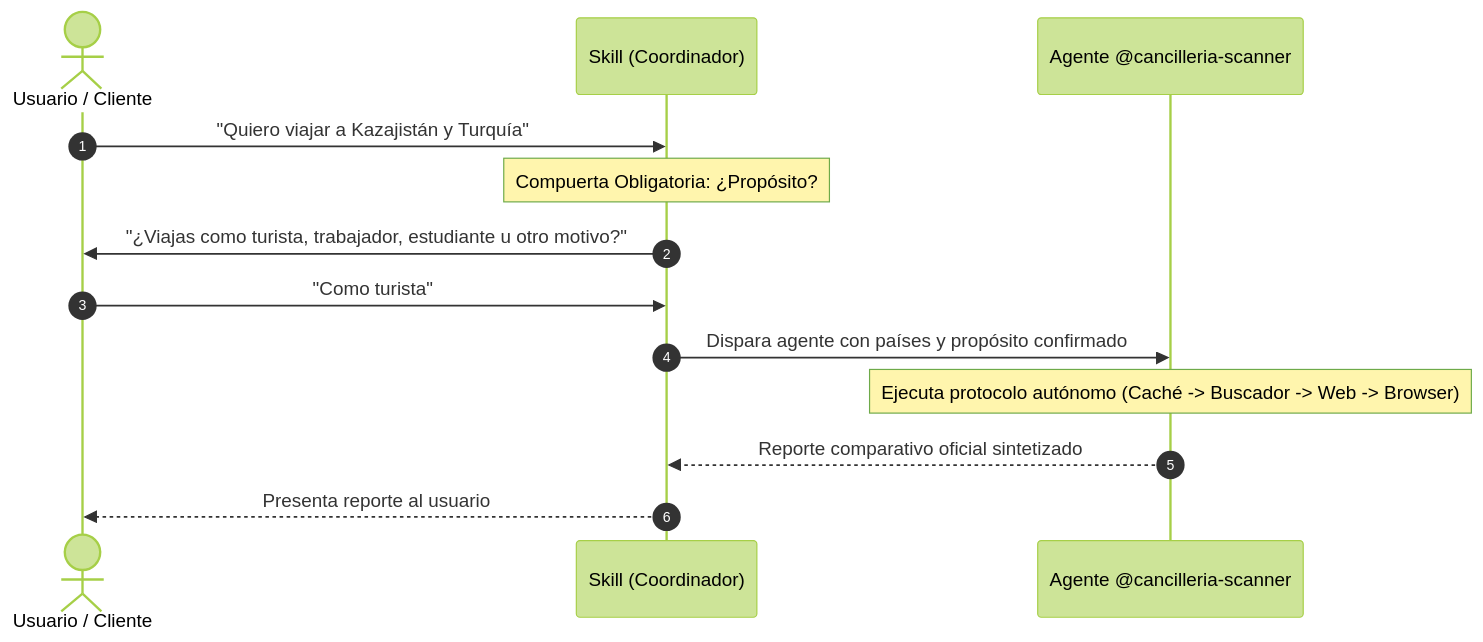
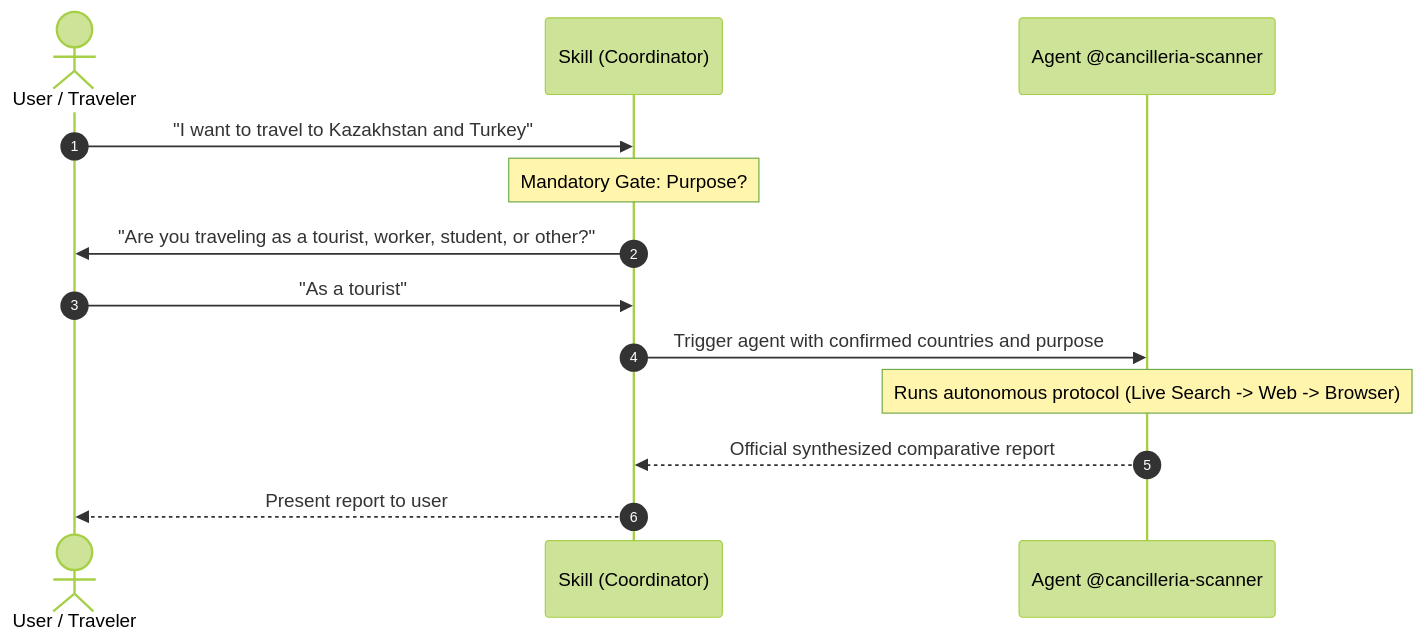
The diagram in .agents/skills/cancilleria-country-policy/SKILL.md (daniel72584/agent-traveler), drawn with Mermaid (forest theme) before and after one commit. The commit also changed other lines of this file and 2 other files, not shown here.

Commit message:
docs: standardize agent and skill specifications to simple English

````diff
--- a/.agents/skills/cancilleria-country-policy/SKILL.md
+++ b/.agents/skills/cancilleria-country-policy/SKILL.md
@@ -18,16 +18,16 @@
 ```mermaid
 sequenceDiagram
     autonumber
-    actor Customer as Usuario / Cliente
-    participant Skill as Skill (Coordinador)
-    participant Agent as Agente @cancilleria-scanner
+    actor Customer as User / Traveler
+    participant Skill as Skill (Coordinator)
+    participant Agent as Agent @cancilleria-scanner
     
-    Customer->>Skill: "Quiero viajar a Kazajistán y Turquía"
-    Note over Skill: Compuerta Obligatoria: ¿Propósito?
-    Skill->>Customer: "¿Viajas como turista, trabajador, estudiante u otro motivo?"
-    Customer->>Skill: "Como turista"
-    Skill->>Agent: Dispara agente con países y propósito confirmado
-    Note over Agent: Ejecuta protocolo autónomo (Caché -> Buscador -> Web -> Browser)
-    Agent-->>Skill: Reporte comparativo oficial sintetizado
-    Skill-->>Customer: Presenta reporte al usuario
+    Customer->>Skill: "I want to travel to Kazakhstan and Turkey"
+    Note over Skill: Mandatory Gate: Purpose?
+    Skill->>Customer: "Are you traveling as a tourist, worker, student, or other?"
+    Customer->>Skill: "As a tourist"
+    Skill->>Agent: Trigger agent with confirmed countries and purpose
+    Note over Agent: Runs autonomous protocol (Live Search -> Web -> Browser)
+    Agent-->>Skill: Official synthesized comparative report
+    Skill-->>Customer: Present report to user
 ```
````
